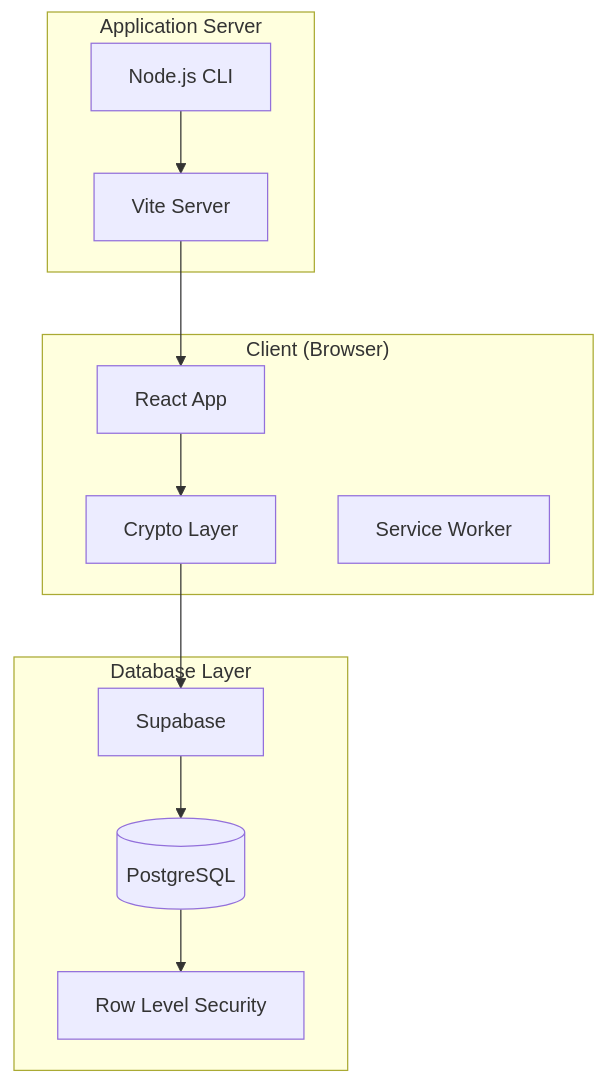
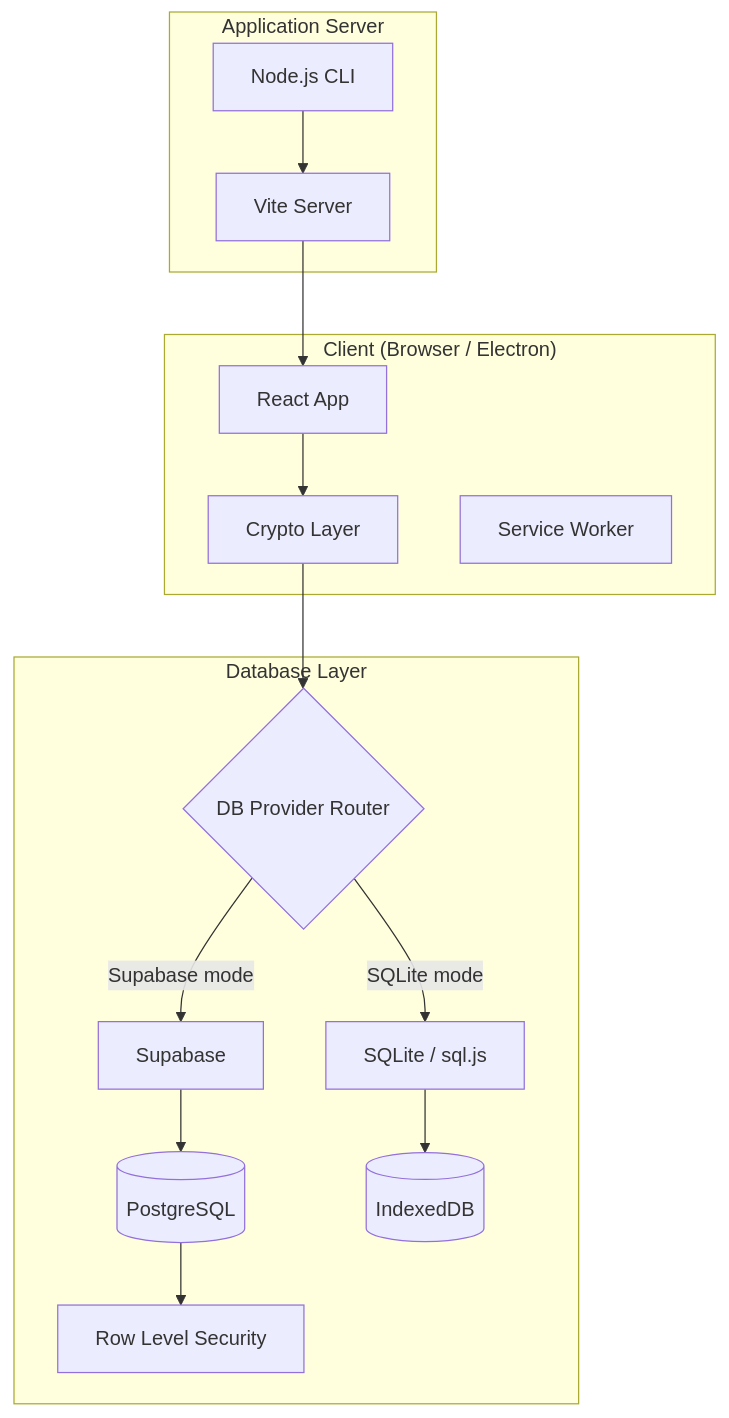
The first of 2 diagrams in OVERVIEW.md (CLOUDPIXEL-LAB/keyper), drawn with Mermaid before and after one commit. The commit also changed other lines of this file and 22 other files, not shown here.

First line of the commit message:
feat: implement SQLite local-provider support alongside existing Supabase integration

````diff
--- a/OVERVIEW.md
+++ b/OVERVIEW.md
@@ -58,26 +58,32 @@
 ```mermaid
 graph TB
-    subgraph "Client (Browser)"
+    subgraph "Client (Browser / Electron)"
         UI[React App]
         Crypto[Crypto Layer]
         PWA[Service Worker]
     end
 
     subgraph "Application Server"
         CLI[Node.js CLI]
         Vite[Vite Server]
     end
 
     subgraph "Database Layer"
+        Router{DB Provider Router}
         Supabase[Supabase]
+        SQLite[SQLite / sql.js]
         PG[(PostgreSQL)]
+        IDB[(IndexedDB)]
         RLS[Row Level Security]
     end
 
     UI --> Crypto
-    Crypto --> Supabase
+    Crypto --> Router
+    Router -->|Supabase mode| Supabase
+    Router -->|SQLite mode| SQLite
     CLI --> Vite
     Vite --> UI
     Supabase --> PG
     PG --> RLS
+    SQLite --> IDB
 ```
````
